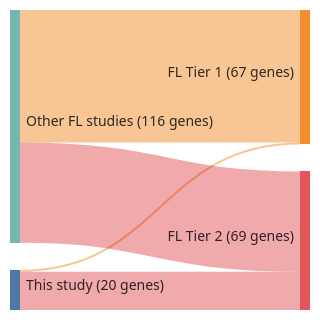
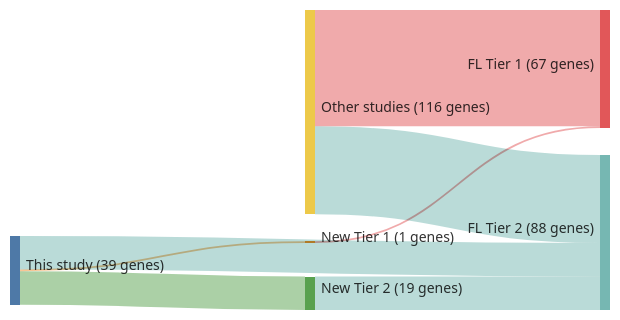
Before and after one commit to morinlab/lymphopedia: the diagram in papers/russler-germainMutationsAssociatedProgression2023b.md, drawn with Mermaid. The commit also changed 82 other files, not shown here.

````diff
--- a/papers/russler-germainMutationsAssociatedProgression2023b.md
+++ b/papers/russler-germainMutationsAssociatedProgression2023b.md
@@ -12,18 +12,21 @@
 ```mermaid
 ---
 config:
     sankey:
         showValues: true
         linkColor: target
-        width: 300
+        width: 600
         height: 300
         nodeAlignment: right
         prefix: '('
         suffix: ' genes)'
 ---
 sankey-beta
-This study, FL Tier 1, 1
+This study, New Tier 1, 1
+New Tier 1, FL Tier 1, 1
 This study, FL Tier 2, 19
-Other FL studies, FL Tier 1, 66
-Other FL studies, FL Tier 2, 50
+This study, New Tier 2, 19
+New Tier 2, FL Tier 2, 19
+Other studies, FL Tier 1, 66
+Other studies, FL Tier 2, 50
 ```
````
